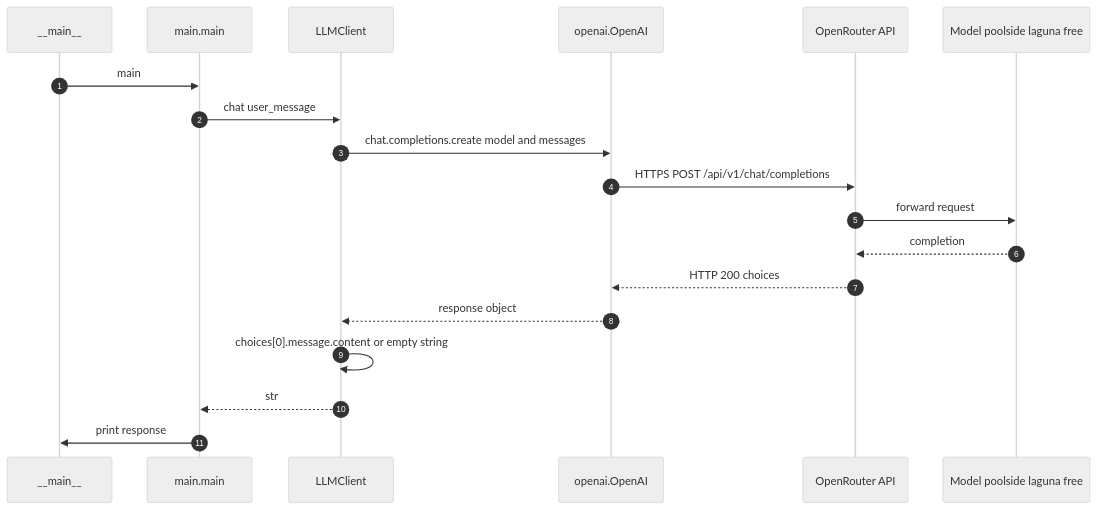
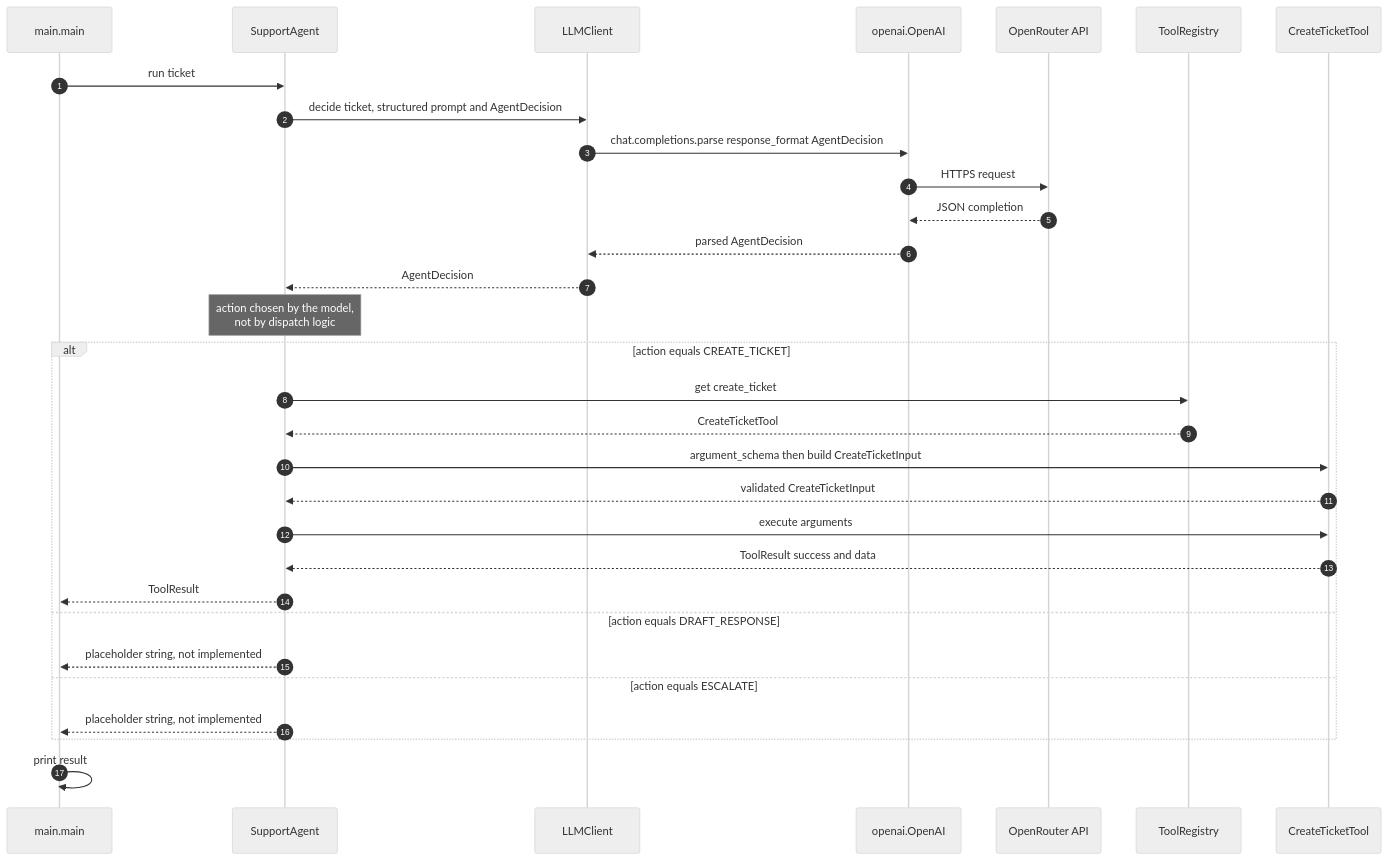
The second of 5 diagrams in docs/sequence-diagram.md (mezni/data-helpers), drawn with Mermaid (neutral theme) before and after one commit. The commit also changed other lines of this file and 4 other files, not shown here.

Commit message:
Add tool architecture

````diff
--- a/docs/sequence-diagram.md
+++ b/docs/sequence-diagram.md
@@ -60,22 +67,34 @@
 ```mermaid
 sequenceDiagram
     autonumber
-    participant CLI as __main__
     participant Main as main.main
+    participant Agent as SupportAgent
     participant LLMClient as LLMClient
     participant SDK as openai.OpenAI
     participant API as OpenRouter API
-    participant Model as Model poolside laguna free
+    participant Registry as ToolRegistry
+    participant Tool as CreateTicketTool
 
-    CLI->>Main: main
-    Main->>LLMClient: chat user_message
-    LLMClient->>SDK: chat.completions.create model and messages
-    SDK->>API: HTTPS POST /api/v1/chat/completions
-    API->>Model: forward request
-    Model-->>API: completion
-    API-->>SDK: HTTP 200 choices
-    SDK-->>LLMClient: response object
-    LLMClient->>LLMClient: choices[0].message.content or empty string
-    LLMClient-->>Main: str
-    Main->>CLI: print response
+    Main->>Agent: run ticket
+    Agent->>LLMClient: decide ticket, structured prompt and AgentDecision
+    LLMClient->>SDK: chat.completions.parse response_format AgentDecision
+    SDK->>API: HTTPS request
+    API-->>SDK: JSON completion
+    SDK-->>LLMClient: parsed AgentDecision
+    LLMClient-->>Agent: AgentDecision
+    Note over Agent: action chosen by the model,<br/>not by dispatch logic
+    alt action equals CREATE_TICKET
+        Agent->>Registry: get create_ticket
+        Registry-->>Agent: CreateTicketTool
+        Agent->>Tool: argument_schema then build CreateTicketInput
+        Tool-->>Agent: validated CreateTicketInput
+        Agent->>Tool: execute arguments
+        Tool-->>Agent: ToolResult success and data
+        Agent-->>Main: ToolResult
+    else action equals DRAFT_RESPONSE
+        Agent-->>Main: placeholder string, not implemented
+    else action equals ESCALATE
+        Agent-->>Main: placeholder string, not implemented
+    end
+    Main->>Main: print result
 ```
````
